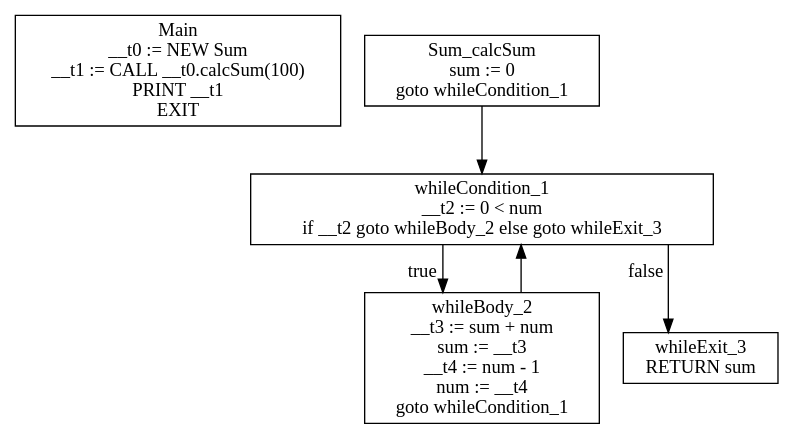
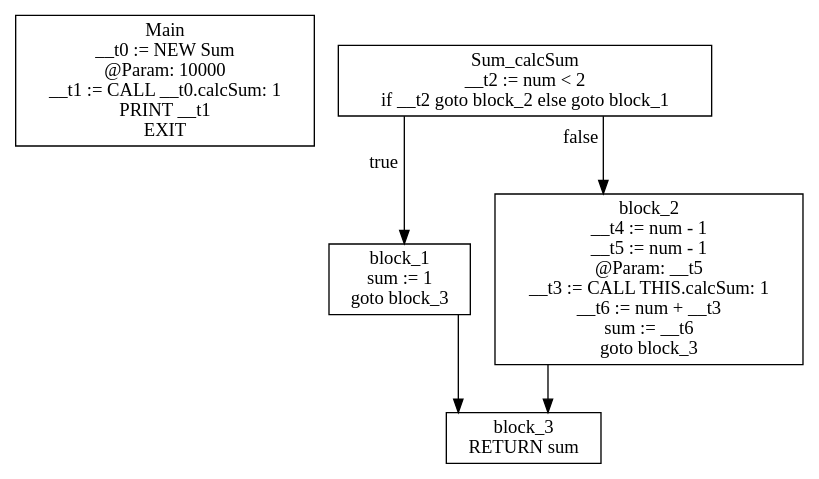
One commit to AIlhomov/Flex changed the diagram in assignment_1/getting_started/cfg.dot. Above: the diagram before and after it, drawn with Graphviz. The commit also changed 5 other files, not shown here.

```diff
--- a/assignment_1/getting_started/cfg.dot
+++ b/assignment_1/getting_started/cfg.dot
@@ -1,13 +1,13 @@
 digraph CFG {
 graph [splines=ortho];
 node [shape=box];
-Main [label="Main\n__t0 := NEW Sum\n__t1 := CALL __t0.calcSum(100)\nPRINT __t1\nEXIT\n"];
-Sum_calcSum -> whileCondition_1;
-Sum_calcSum [label="Sum_calcSum\nsum := 0\ngoto whileCondition_1\n"];
-whileCondition_1 -> whileBody_2 [xlabel="true"];
-whileCondition_1 -> whileExit_3 [xlabel="false"];
-whileCondition_1 [label="whileCondition_1\n__t2 := 0 < num\nif __t2 goto whileBody_2 else goto whileExit_3\n"];
-whileBody_2 -> whileCondition_1;
-whileBody_2 [label="whileBody_2\n__t3 := sum + num\nsum := __t3\n__t4 := num - 1\nnum := __t4\ngoto whileCondition_1\n"];
-whileExit_3 [label="whileExit_3\nRETURN sum\n"];
+Main [label="Main\n__t0 := NEW Sum\n @Param: 10000\n__t1 := CALL __t0.calcSum: 1\nPRINT __t1\nEXIT\n"];
+Sum_calcSum -> block_1 [xlabel="true"];
+Sum_calcSum -> block_2 [xlabel="false"];
+Sum_calcSum [label="Sum_calcSum\n__t2 := num < 2\nif __t2 goto block_2 else goto block_1\n"];
+block_1 -> block_3;
+block_1 [label="block_1\nsum := 1\ngoto block_3\n"];
+block_2 -> block_3;
+block_2 [label="block_2\n__t4 := num - 1\n__t5 := num - 1\n @Param: __t5\n__t3 := CALL THIS.calcSum: 1\n__t6 := num + __t3\nsum := __t6\ngoto block_3\n"];
+block_3 [label="block_3\nRETURN sum\n"];
 }
```
